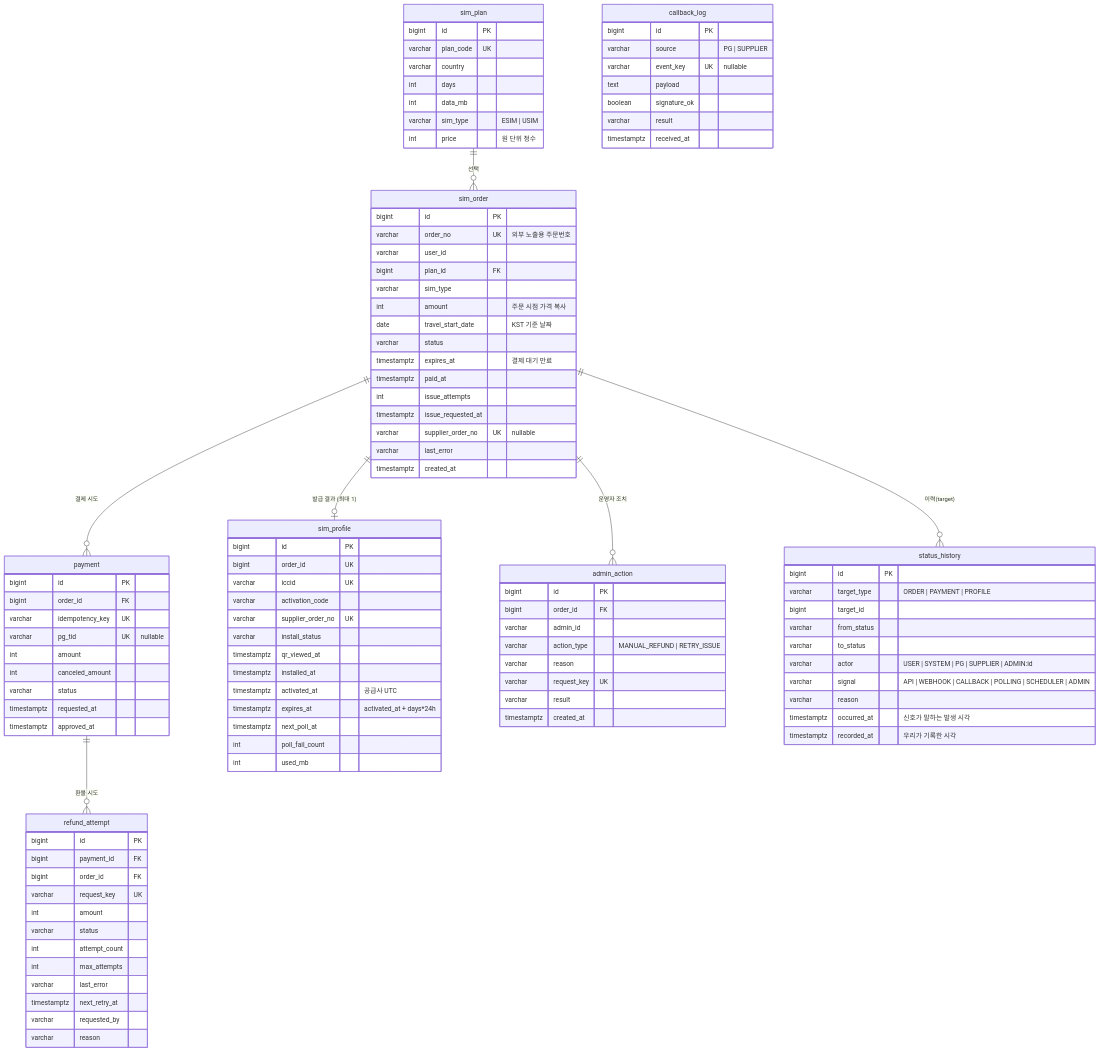
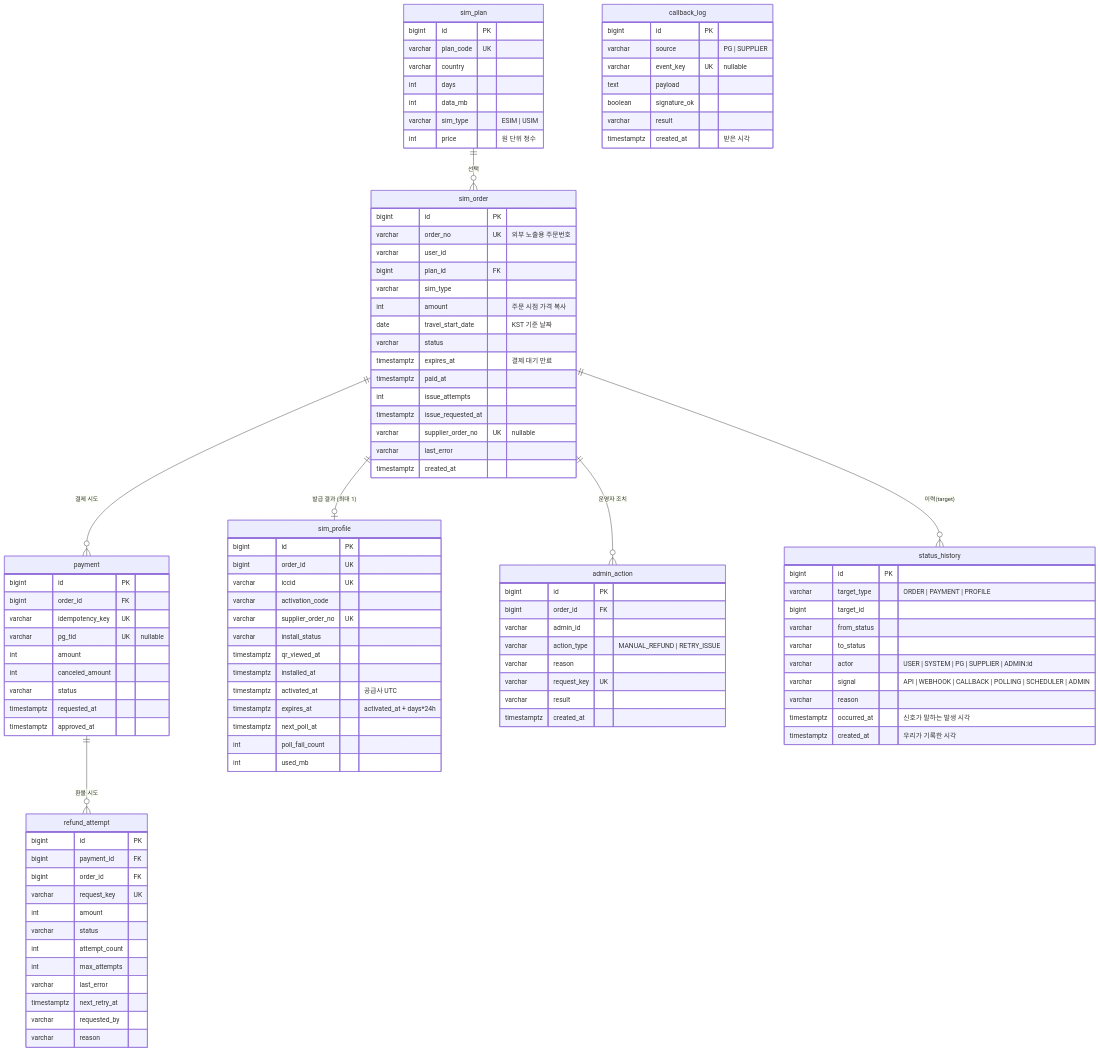
One commit to YeBook99/roam_pass changed the diagram in docs/03_데이터모델.md. Above: the diagram before and after it, drawn with Mermaid. The commit also changed other lines of this file and 51 other files, not shown here.

```diff
--- a/docs/03_데이터모델.md
+++ b/docs/03_데이터모델.md
@@ -74,7 +74,7 @@
         text payload
         boolean signature_ok
         varchar result
-        timestamptz received_at
+        timestamptz created_at "받은 시각"
     }
     status_history {
         bigint id PK
@@ -86,7 +86,7 @@
         varchar signal "API | WEBHOOK | CALLBACK | POLLING | SCHEDULER | ADMIN"
         varchar reason
         timestamptz occurred_at "신호가 말하는 발생 시각"
-        timestamptz recorded_at "우리가 기록한 시각"
+        timestamptz created_at "우리가 기록한 시각"
     }
     refund_attempt {
         bigint id PK
```
